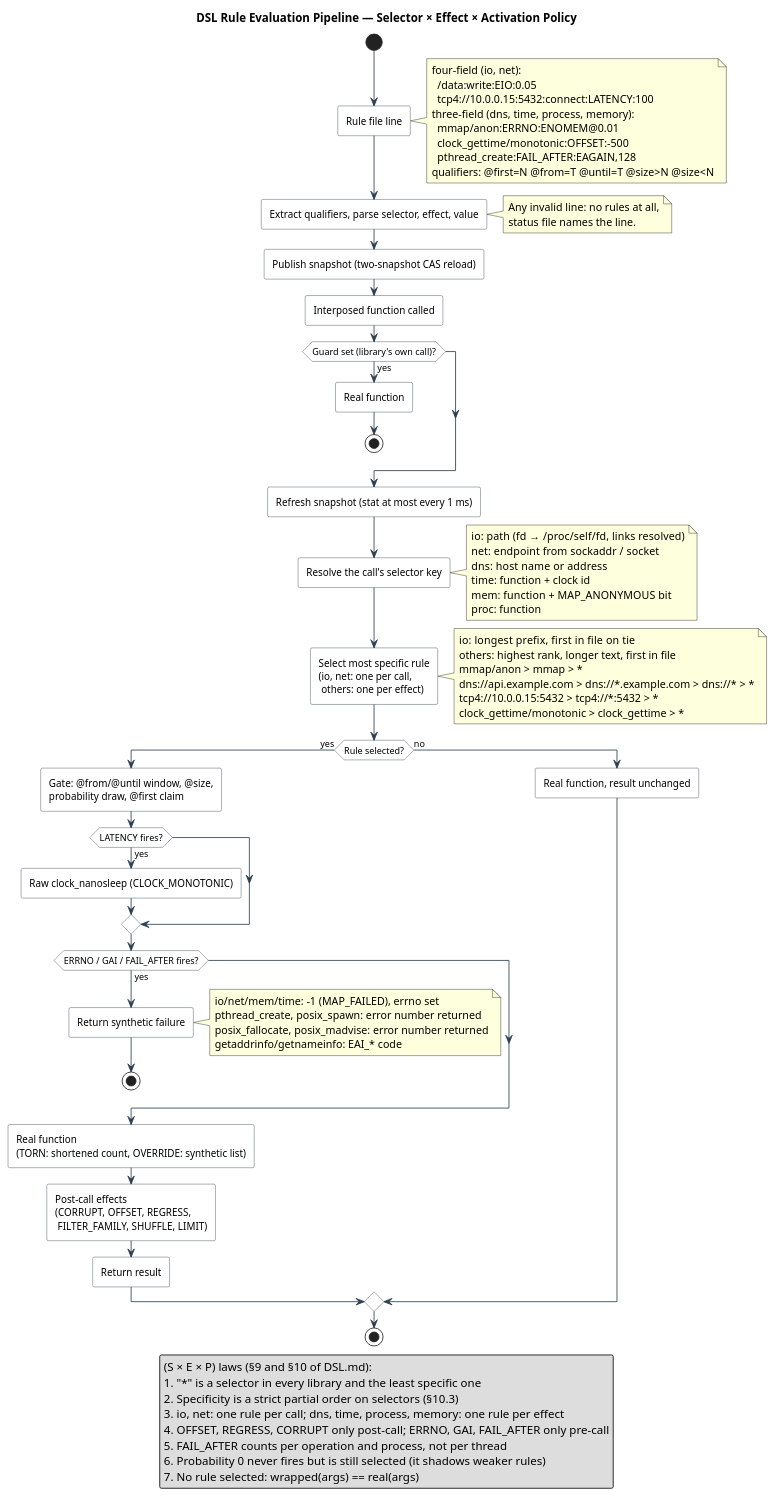
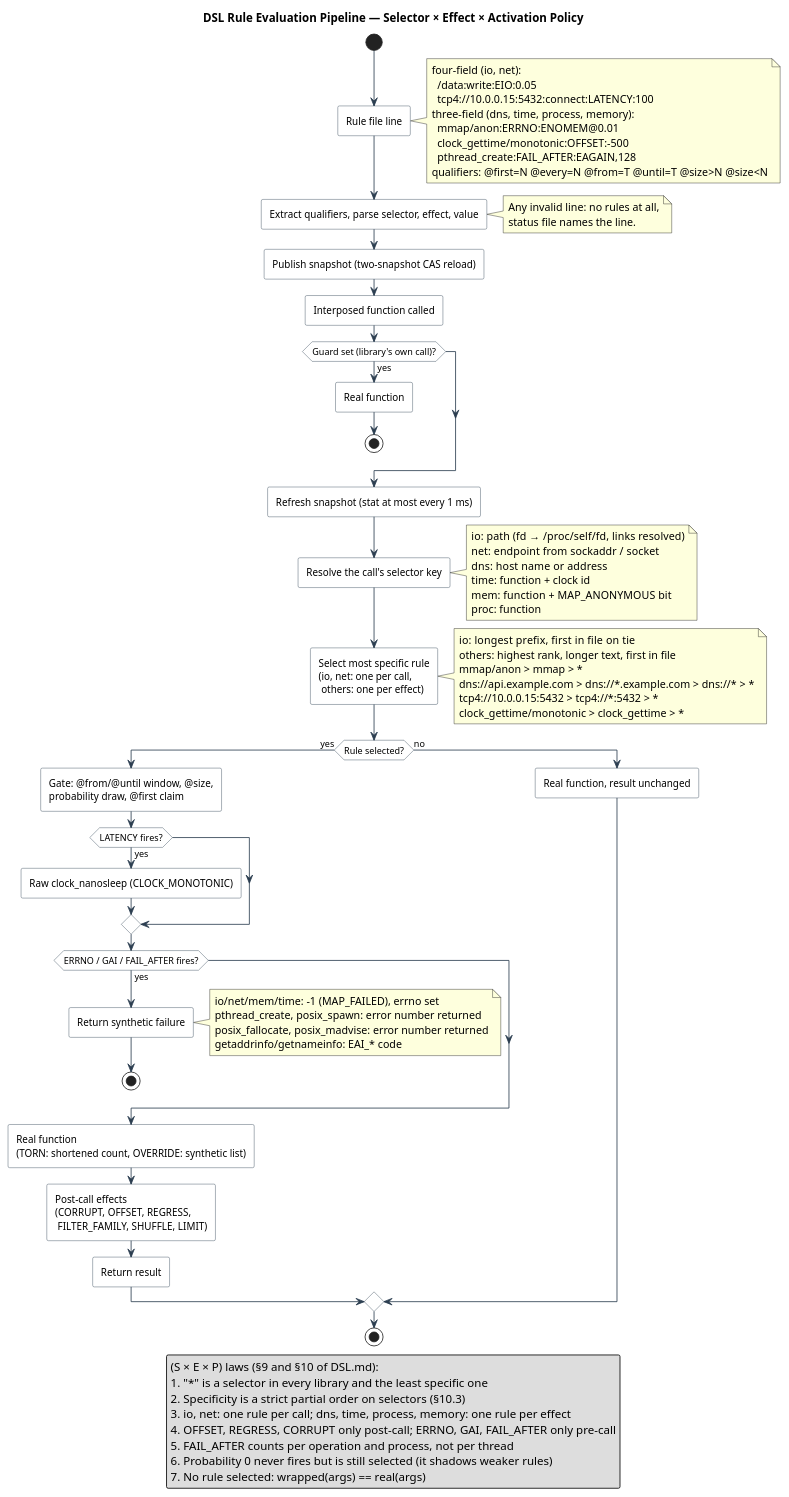
One commit to macstab/macstab-chaos-testing-libraries changed the diagram in docs/DSL.md. Above: the diagram before and after it, drawn with PlantUML. The commit also changed other lines of this file and 27 other files, not shown here.

```diff
--- a/docs/DSL.md
+++ b/docs/DSL.md
@@ -678,7 +683,7 @@
     mmap/anon:ERRNO:ENOMEM@0.01
     clock_gettime/monotonic:OFFSET:-500
     pthread_create:FAIL_AFTER:EAGAIN,128
-  qualifiers: @first=N @from=T @until=T @size>N @size<N
+  qualifiers: @first=N @every=N @from=T @until=T @size>N @size<N
 end note
 
 :Extract qualifiers, parse selector, effect, value;
```
